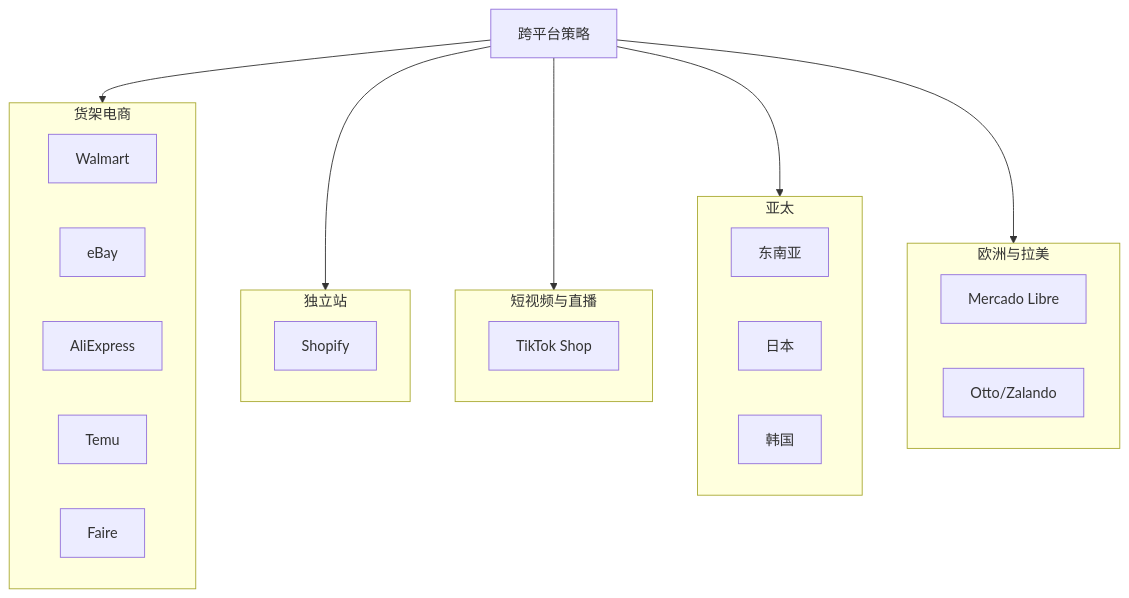
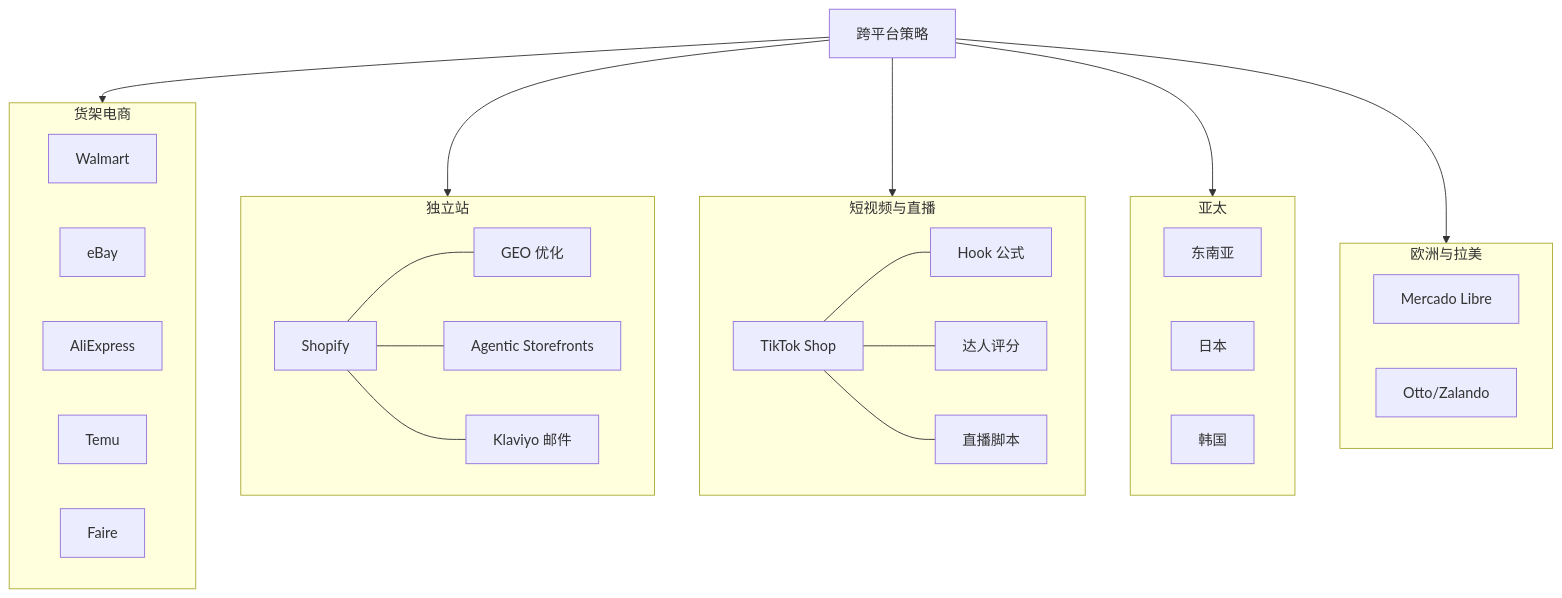
Before and after one commit to kangise/ecommerce-ai-roadmap: the second of 4 diagrams in README.md, drawn with Mermaid. The commit also changed other lines of this file, not shown here.

First line of the commit message:
enhance: add second-level detail to all mermaid diagrams

````diff
--- a/README.md
+++ b/README.md
@@ -144,30 +174,36 @@
 ```mermaid
 flowchart TB
     subgraph 货架电商
-        W[Walmart] 
+        W[Walmart]
         E[eBay]
         AE[AliExpress]
         T[Temu]
         F[Faire]
     end
     subgraph 独立站
         S[Shopify]
+        S --- S1[GEO 优化]
+        S --- S2[Agentic Storefronts]
+        S --- S3[Klaviyo 邮件]
     end
     subgraph 短视频与直播
         TK[TikTok Shop]
+        TK --- TK1[Hook 公式]
+        TK --- TK2[达人评分]
+        TK --- TK3[直播脚本]
     end
     subgraph 亚太
         SE[东南亚]
         JP[日本]
         KR[韩国]
     end
     subgraph 欧洲与拉美
         LA[Mercado Libre]
         EU[Otto/Zalando]
     end
     X[跨平台策略] --> 货架电商
     X --> 独立站
     X --> 短视频与直播
     X --> 亚太
     X --> 欧洲与拉美
 ```
````
